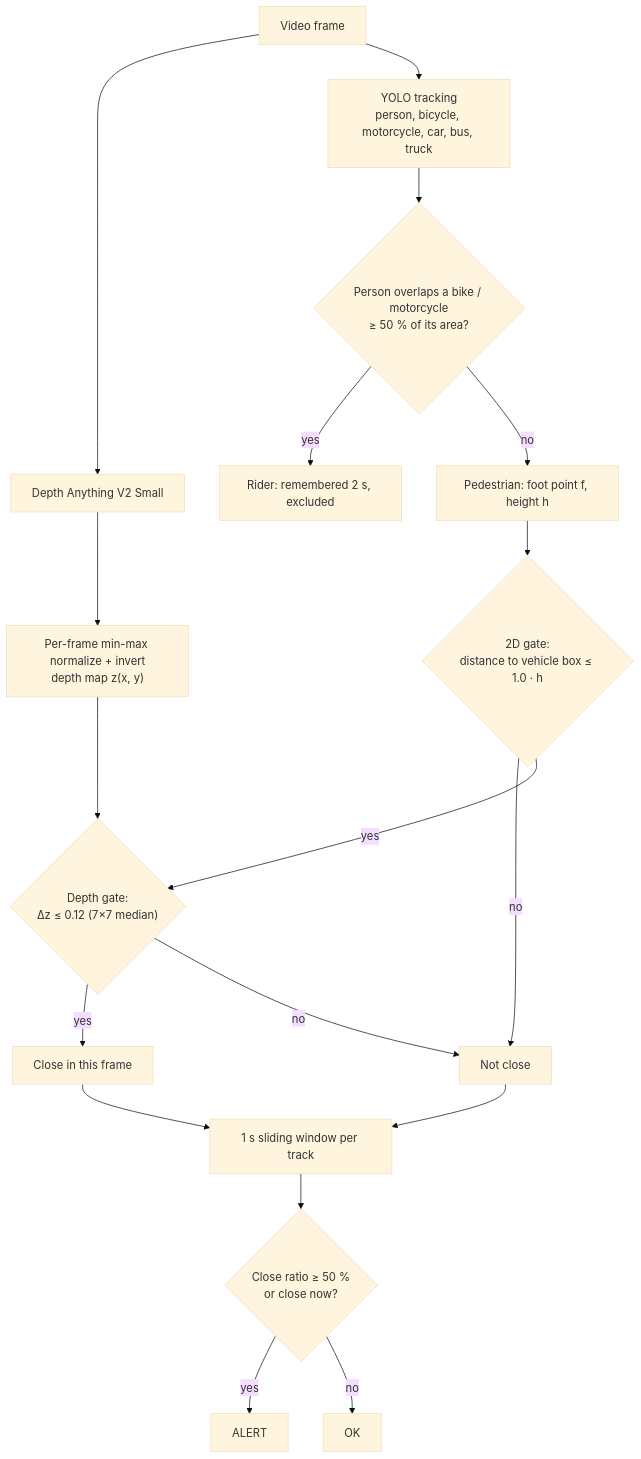
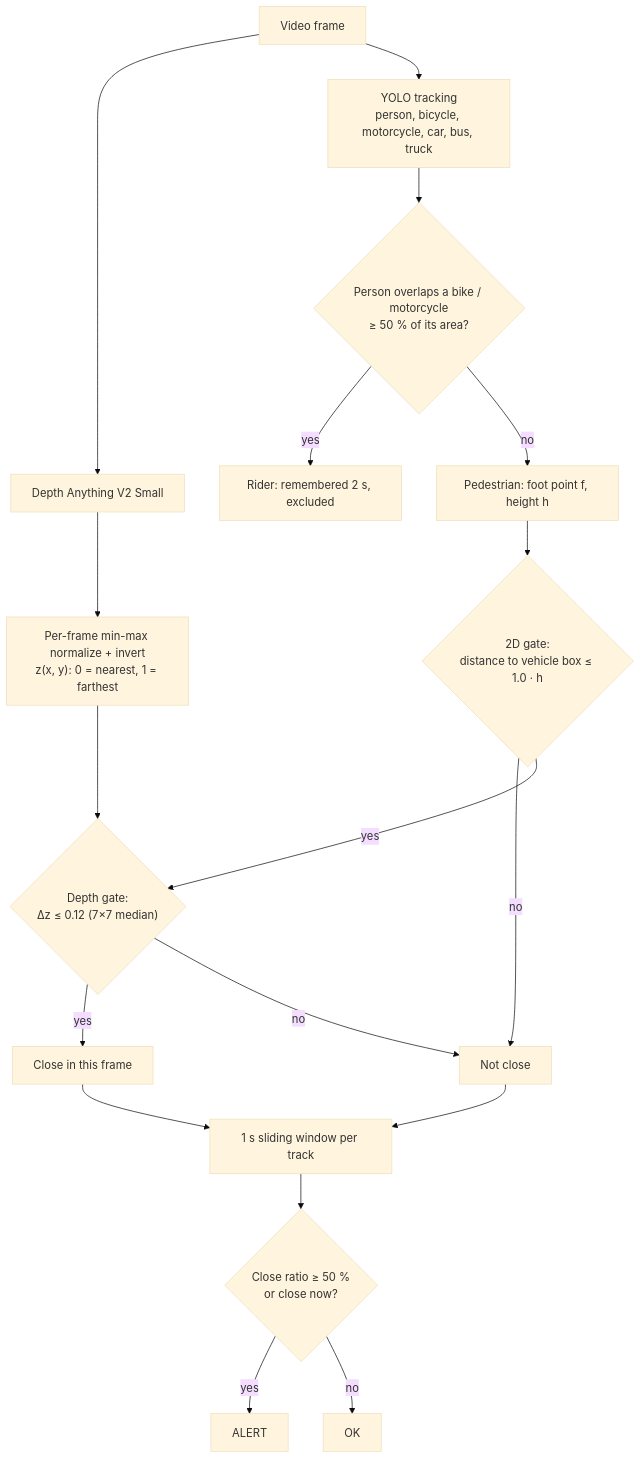
One commit to karemdm/pedestrian-vehicle-proximity-alert changed the diagram in docs/how-it-works.md. Above: the diagram before and after it, drawn with Mermaid (base theme). The commit also changed other lines of this file and 10 other files, not shown here.

````diff
--- a/docs/how-it-works.md
+++ b/docs/how-it-works.md
@@ -7,20 +7,20 @@
 ```mermaid
 flowchart TD
     A["Video frame"] --> B["Depth Anything V2 Small"]
-    B --> C["Per-frame min-max normalize + invert<br/>depth map z(x, y)"]
+    B --> C["Per-frame min-max normalize + invert<br/>z(x, y): 0 = nearest, 1 = farthest"]
     A --> D["YOLO tracking<br/>person, bicycle, motorcycle, car, bus, truck"]
     D --> E{"Person overlaps a bike / motorcycle<br/>≥ 50 % of its area?"}
     E -- yes --> F["Rider: remembered 2 s, excluded"]
     E -- no --> G["Pedestrian: foot point f, height h"]
     G --> H{"2D gate:<br/>distance to vehicle box ≤ 1.0 · h"}
     H -- no --> L
     H -- yes --> I{"Depth gate:<br/>Δz ≤ 0.12 (7×7 median)"}
     C --> I
     I -- yes --> K["Close in this frame"]
     I -- no --> L["Not close"]
     K --> M["1 s sliding window per track"]
     L --> M
     M --> N{"Close ratio ≥ 50 %<br/>or close now?"}
     N -- yes --> O["ALERT"]
     N -- no --> P["OK"]
 ```
````
